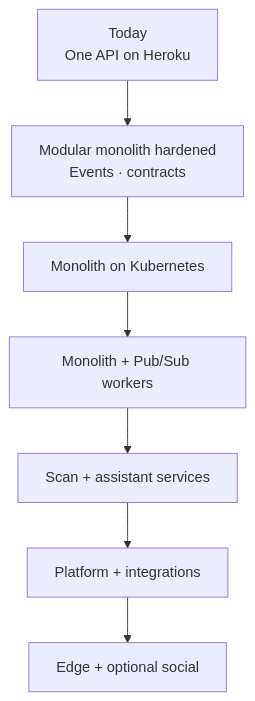
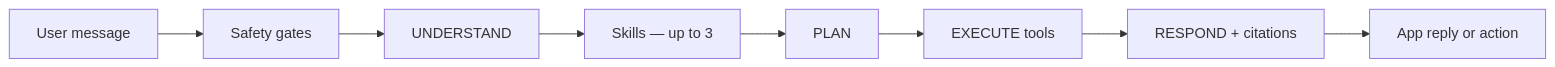
The fourth of 6 diagrams in docs/architecture-reference.md (wewesemsem/scanandfind-lab), drawn with Mermaid before and after one commit. The commit also changed other lines of this file and 2 other files, not shown here.

````diff
--- a/docs/architecture-reference.md
+++ b/docs/architecture-reference.md
@@ -298,12 +117,10 @@
 ```mermaid
-flowchart TB
-  A[Today<br/>One API on Heroku]
-  B[Modular monolith hardened<br/>Events · contracts]
-  C[Monolith on Kubernetes]
-  D[Monolith + Pub/Sub workers]
-  E[Scan + assistant services]
-  F[Platform + integrations]
-  G[Edge + optional social]
-
-  A --> B --> C --> D --> E --> F --> G
+flowchart LR
+  User[User message] --> Safety[Safety gates]
+  Safety --> Understand[UNDERSTAND]
+  Understand --> Skills[Skills — up to 3]
+  Skills --> Plan[PLAN]
+  Plan --> Execute[EXECUTE tools]
+  Execute --> Respond[RESPOND + citations]
+  Respond --> Client[App reply or action]
 ```
````
